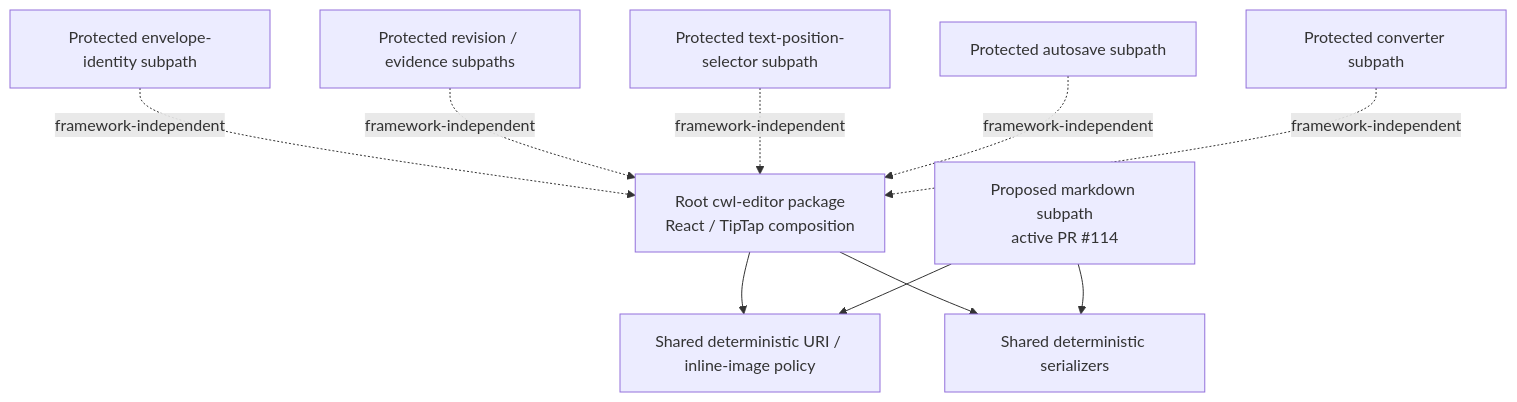
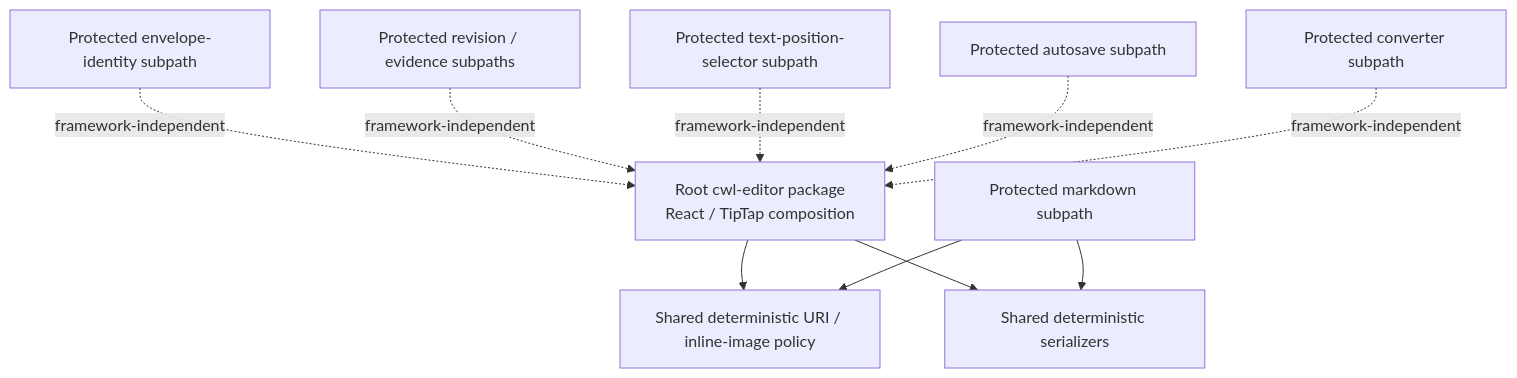
One commit to ContextualWisdomLab/inkspan changed the first of 3 diagrams in ARCHITECTURE.md. Above: the diagram before and after it, drawn with Mermaid. The commit also changed other lines of this file, not shown here.

Commit message:
docs(architecture): align protected package and print maturity

````diff
--- a/ARCHITECTURE.md
+++ b/ARCHITECTURE.md
@@ -40,22 +40,22 @@
 ```mermaid
 flowchart TB
   Root[Root cwl-editor package\nReact / TipTap composition]
   Envelope[Protected envelope-identity subpath]
   Revision[Protected revision / evidence subpaths]
   Selector[Protected text-position-selector subpath]
   Autosave[Protected autosave subpath]
   Converter[Protected converter subpath]
-  Markdown[Proposed markdown subpath\nactive PR #114]
+  Markdown[Protected markdown subpath]
   SharedPolicy[Shared deterministic URI / inline-image policy]
   Serializers[Shared deterministic serializers]
 
   Root --> SharedPolicy
   Root --> Serializers
   Envelope -. framework-independent .-> Root
   Revision -. framework-independent .-> Root
   Selector -. framework-independent .-> Root
   Autosave -. framework-independent .-> Root
   Converter -. framework-independent .-> Root
   Markdown --> SharedPolicy
   Markdown --> Serializers
 ```
````
